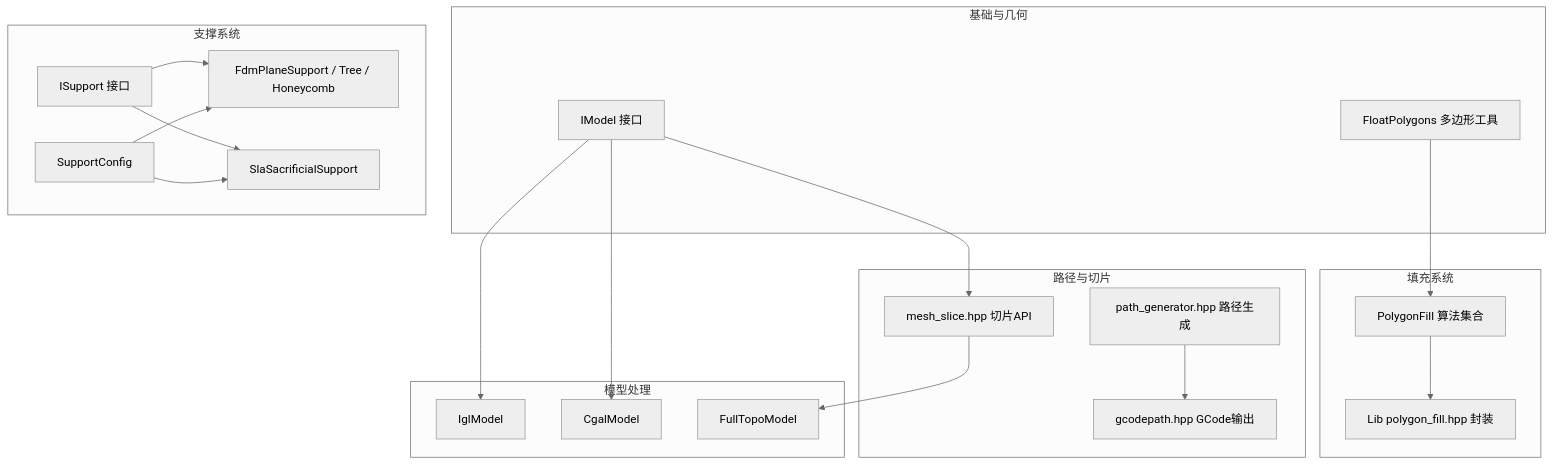
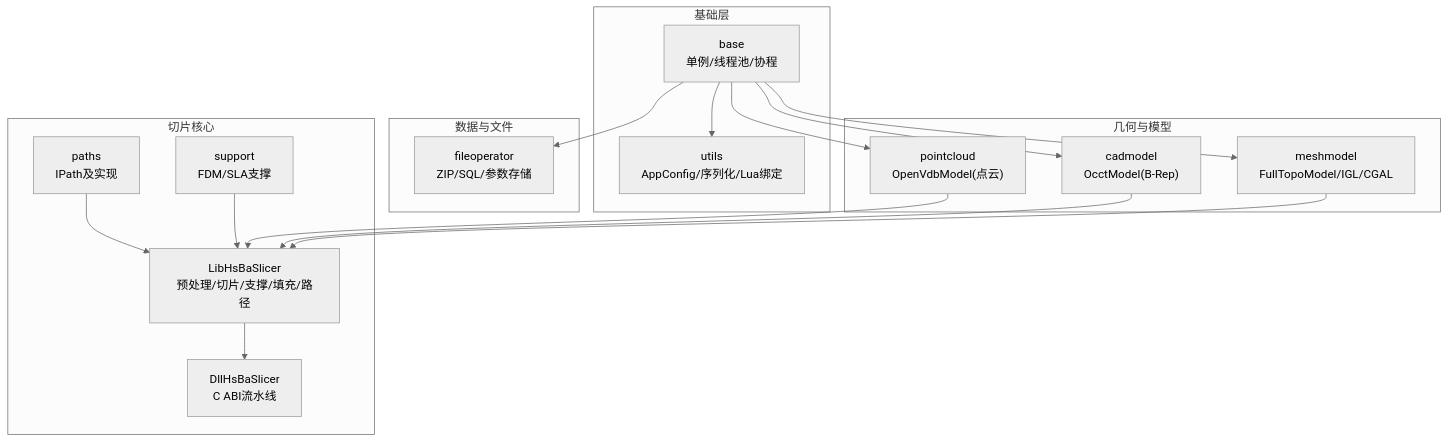
Before and after one commit to hsmbanlance/HsBaSlicer: the first of 11 diagrams in .qoder/repowiki/zh/content/核心模块详解/核心模块详解.md, drawn with Mermaid (neutral theme). The commit also changed other lines of this file and 1095 other files, not shown here.

````diff
--- a/.qoder/repowiki/zh/content/核心模块详解/核心模块详解.md
+++ b/.qoder/repowiki/zh/content/核心模块详解/核心模块详解.md
@@ -45,38 +56,32 @@
 ```mermaid
 graph TB
-subgraph "基础与几何"
-IM["IModel 接口"]
-FP["FloatPolygons 多边形工具"]
+subgraph "基础层"
+BASE["base<br/>单例/线程池/协程"]
+UTILS["utils<br/>AppConfig/序列化/Lua绑定"]
 end
-subgraph "模型处理"
-IG["IglModel"]
-CG["CgalModel"]
-FT["FullTopoModel"]
+subgraph "数据与文件"
+FILEOP["fileoperator<br/>ZIP/SQL/参数存储"]
 end
-subgraph "支撑系统"
-IS["ISupport 接口"]
-FS["FdmPlaneSupport / Tree / Honeycomb"]
-SS["SlaSacrificialSupport"]
-SC["SupportConfig"]
+subgraph "几何与模型"
+MESH["meshmodel<br/>FullTopoModel/IGL/CGAL"]
+CAD["cadmodel<br/>OcctModel(B-Rep)"]
+PC["pointcloud<br/>OpenVdbModel(点云)"]
 end
-subgraph "填充系统"
-PF["PolygonFill 算法集合"]
-LPF["Lib polygon_fill.hpp 封装"]
+subgraph "切片核心"
+SUPPORT["support<br/>FDM/SLA支撑"]
+PATHS["paths<br/>IPath及实现"]
+LIB["LibHsBaSlicer<br/>预处理/切片/支撑/填充/路径"]
+DLL["DllHsBaSlicer<br/>C ABI流水线"]
 end
-subgraph "路径与切片"
-MS["mesh_slice.hpp 切片API"]
-PG["path_generator.hpp 路径生成"]
-GC["gcodepath.hpp GCode输出"]
-end
-IM --> IG
-IM --> CG
-IM --> MS
-FP --> PF
-PF --> LPF
-IS --> FS
-IS --> SS
-SC --> FS
-SC --> SS
-MS --> FT
-PG --> GC
+BASE --> UTILS
+BASE --> FILEOP
+BASE --> MESH
+BASE --> CAD
+BASE --> PC
+MESH --> LIB
+CAD --> LIB
+PC --> LIB
+SUPPORT --> LIB
+PATHS --> LIB
+LIB --> DLL
 ```
````
